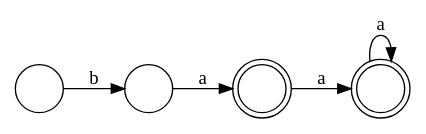
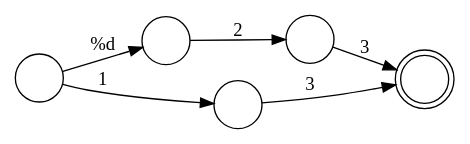
Before and after one commit to leegao/LuaInLua: the diagram in test.dot, drawn with Graphviz. The commit also changed 2 other files, not shown here.

```diff
--- a/test.dot
+++ b/test.dot
@@ -1,10 +1,11 @@
 digraph {
   rankdir=LR;
   size="8,5"
-  node[shape=doublecircle,label=""]; 3 4;
+  node[shape=doublecircle,label=""]; 3;
   node[shape=circle,label=""];
-  2 -> 3[label="a"];
-  4 -> 4[label="a"];
-  1 -> 2[label="b"];
-  3 -> 4[label="a"];
+  4 -> 5[label="2"];
+  1 -> 2[label="1"];
+  1 -> 4[label="%d"];
+  5 -> 3[label="3"];
+  2 -> 3[label="3"];
 }
```
